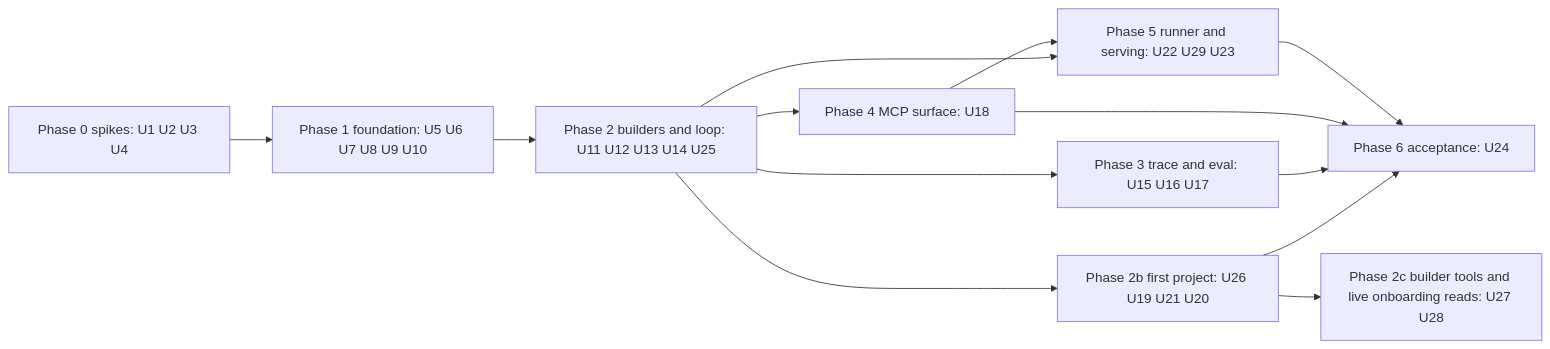
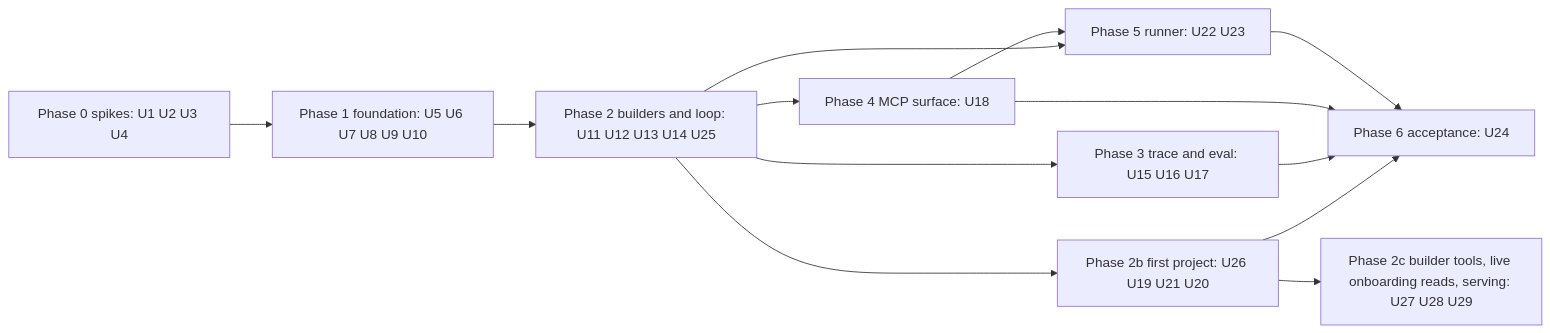
One commit to philgutowski/Phactory changed the sixth of 6 diagrams in docs/plans/2026-10-14-1730-feat-slipway-first-version-plan.md. Above: the diagram before and after it, drawn with Mermaid. The commit also changed other lines of this file, not shown here.

````diff
--- a/docs/plans/2026-10-14-1730-feat-slipway-first-version-plan.md
+++ b/docs/plans/2026-10-14-1730-feat-slipway-first-version-plan.md
@@ -608,15 +608,15 @@
 ```mermaid
 flowchart LR
   P0[Phase 0 spikes: U1 U2 U3 U4] --> P1[Phase 1 foundation: U5 U6 U7 U8 U9 U10]
   P1 --> P2[Phase 2 builders and loop: U11 U12 U13 U14 U25]
   P2 --> P3[Phase 3 trace and eval: U15 U16 U17]
   P2 --> P4[Phase 4 MCP surface: U18]
-  P2 --> P5[Phase 5 runner and serving: U22 U29 U23]
+  P2 --> P5[Phase 5 runner: U22 U23]
   P4 --> P5
   P2 --> P7[Phase 2b first project: U26 U19 U21 U20]
-  P7 --> P8[Phase 2c builder tools and live onboarding reads: U27 U28]
+  P7 --> P8[Phase 2c builder tools, live onboarding reads, serving: U27 U28 U29]
   P7 --> P6
   P3 --> P6[Phase 6 acceptance: U24]
   P4 --> P6
   P5 --> P6
 ```
````
